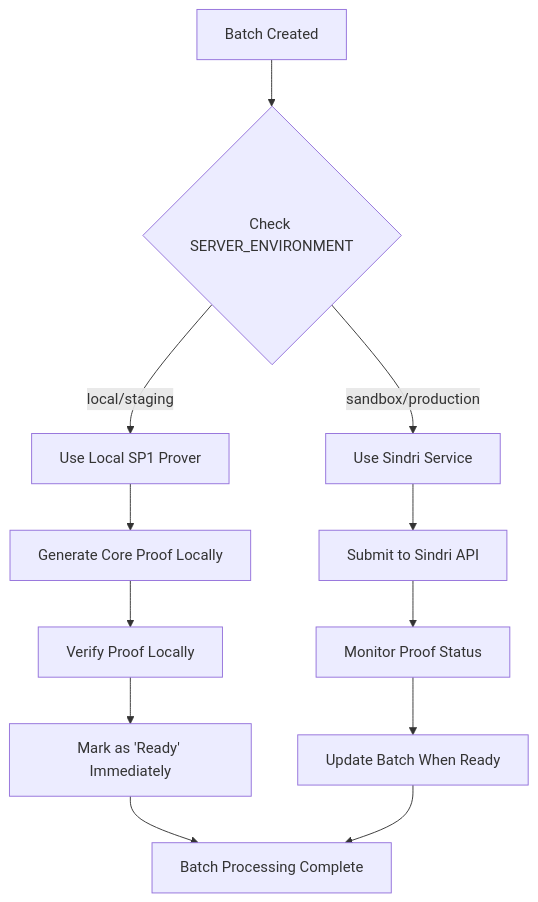
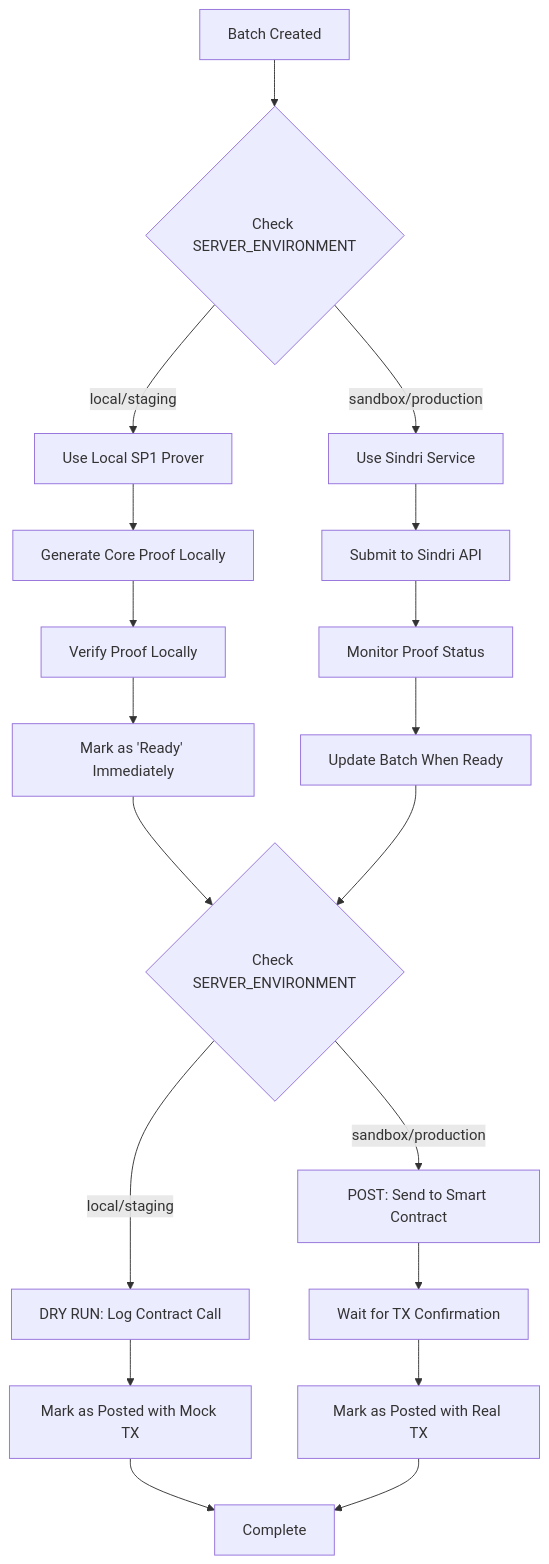
One commit to ardaglobal/arda-credit changed the diagram in docs/SERVER_ENVIRONMENT.md. Above: the diagram before and after it, drawn with Mermaid. The commit also changed other lines of this file and 1 other file, not shown here.

Commit message:
feat: link SERVER_ENVIRONMENT to contract calls

````diff
--- a/docs/SERVER_ENVIRONMENT.md
+++ b/docs/SERVER_ENVIRONMENT.md
@@ -53,14 +57,21 @@
 ```mermaid
 graph TD
     A[Batch Created] --> B{Check SERVER_ENVIRONMENT}
     B -->|local/staging| C[Use Local SP1 Prover]
     B -->|sandbox/production| D[Use Sindri Service]
     C --> E[Generate Core Proof Locally]
     E --> F[Verify Proof Locally]
     F --> G[Mark as 'Ready' Immediately]
     D --> H[Submit to Sindri API]
     H --> I[Monitor Proof Status]
     I --> J[Update Batch When Ready]
-    G --> K[Batch Processing Complete]
-    J --> K
+    G --> L{Check SERVER_ENVIRONMENT}
+    J --> L
+    L -->|local/staging| M[DRY RUN: Log Contract Call]
+    L -->|sandbox/production| N[POST: Send to Smart Contract]
+    M --> O[Mark as Posted with Mock TX]
+    N --> P[Wait for TX Confirmation]
+    P --> Q[Mark as Posted with Real TX]
+    O --> R[Complete]
+    Q --> R
 ```
````
